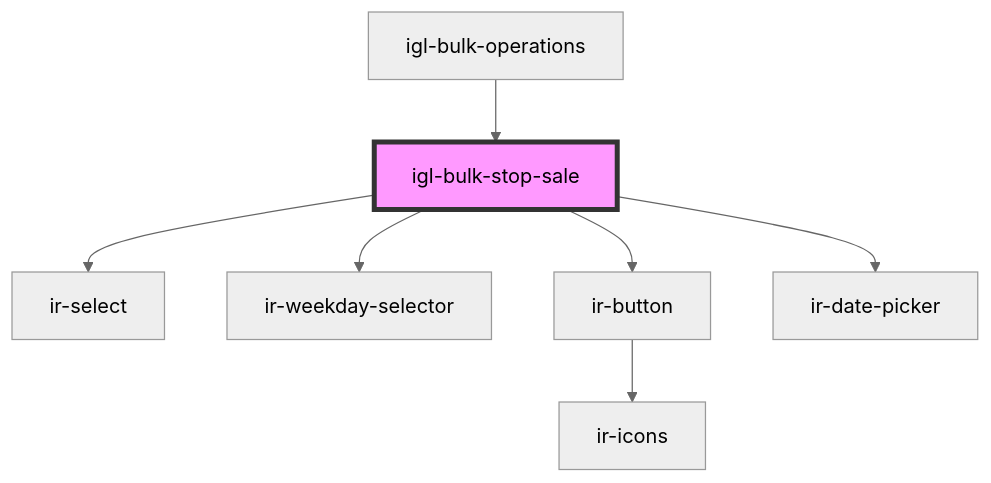
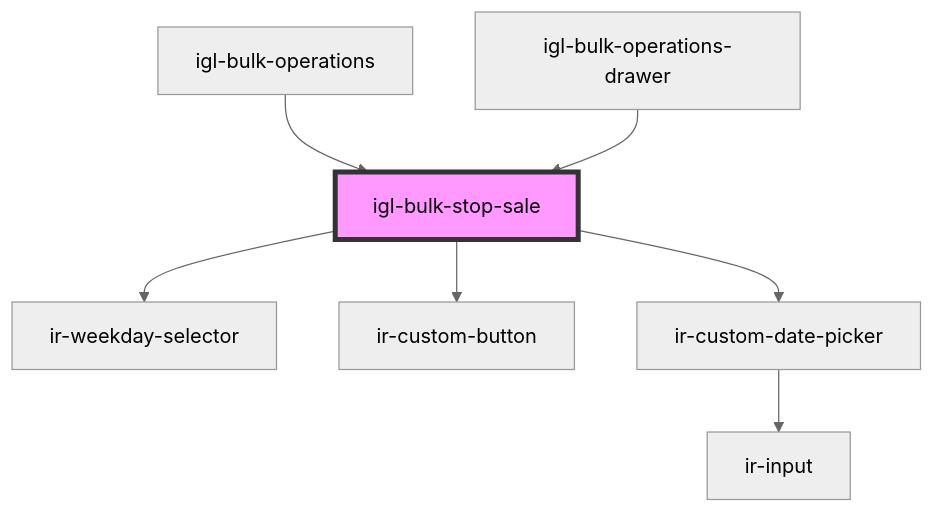
One commit to RonyRizk/ir-webcmp changed the diagram in src/components/igloo-calendar/igl-bulk-operations/igl-bulk-stop-sale/readme.md. Above: the diagram before and after it, drawn with Mermaid (neutral theme). The commit also changed other lines of this file and 32 other files, not shown here.

````diff
--- a/src/components/igloo-calendar/igl-bulk-operations/igl-bulk-stop-sale/readme.md
+++ b/src/components/igloo-calendar/igl-bulk-operations/igl-bulk-stop-sale/readme.md
@@ -38,10 +40,10 @@
 ```mermaid
 graph TD;
-  igl-bulk-stop-sale --> ir-select
   igl-bulk-stop-sale --> ir-weekday-selector
-  igl-bulk-stop-sale --> ir-button
-  igl-bulk-stop-sale --> ir-date-picker
-  ir-button --> ir-icons
+  igl-bulk-stop-sale --> ir-custom-button
+  igl-bulk-stop-sale --> ir-custom-date-picker
+  ir-custom-date-picker --> ir-input
   igl-bulk-operations --> igl-bulk-stop-sale
+  igl-bulk-operations-drawer --> igl-bulk-stop-sale
   style igl-bulk-stop-sale fill:#f9f,stroke:#333,stroke-width:4px
 ```
````
